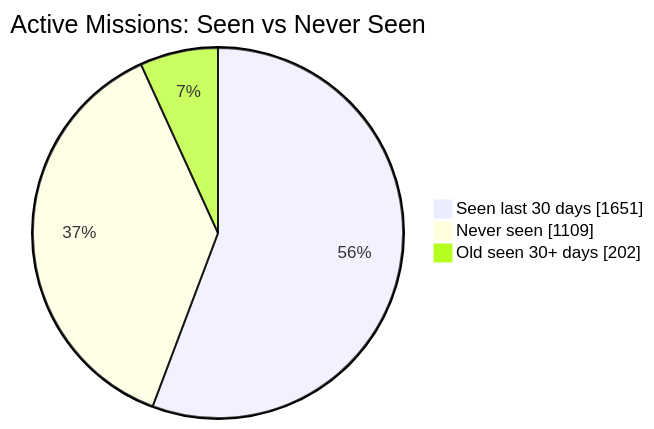
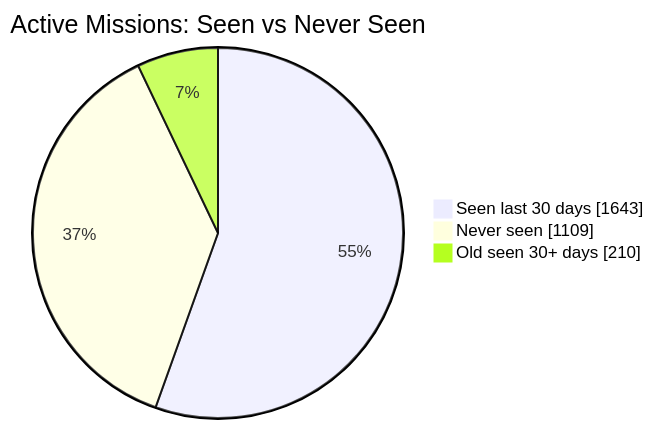
Before and after one commit to MeldkamerspelGameTeam/active-missions: the first of 2 diagrams in README.md, drawn with Mermaid. The commit also changed other lines of this file and 3 other files, not shown here.

````diff
--- a/README.md
+++ b/README.md
@@ -34,7 +34,7 @@
 ```mermaid
 pie showData
     title Active Missions: Seen vs Never Seen
-    "Seen last 30 days" : 1651
+    "Seen last 30 days" : 1643
     "Never seen" : 1109
-    "Old seen 30+ days" : 202
+    "Old seen 30+ days" : 210
 ```
````
